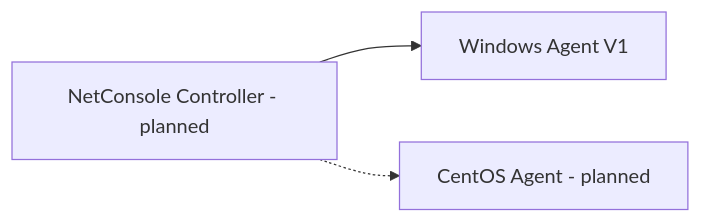
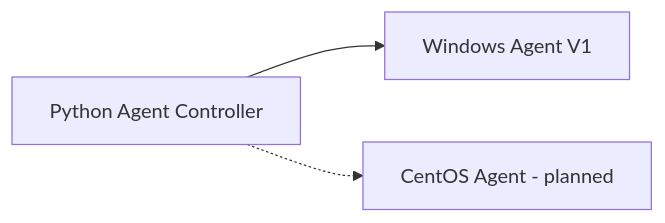
One commit to wxj183589/NetConsole changed the third of 4 diagrams in docs/WEB_ARCHITECTURE.md. Above: the diagram before and after it, drawn with Mermaid. The commit also changed other lines of this file and 41 other files, not shown here.

Commit message:
feat(agent): 新增 Agent Controller 与 Web 管理

````diff
--- a/docs/WEB_ARCHITECTURE.md
+++ b/docs/WEB_ARCHITECTURE.md
@@ -37,5 +37,5 @@
 ```mermaid
 flowchart LR
-    NC["NetConsole Controller - planned"] --> WA["Windows Agent V1"]
+    NC["Python Agent Controller"] --> WA["Windows Agent V1"]
     NC -.-> CA["CentOS Agent - planned"]
 ```
````
